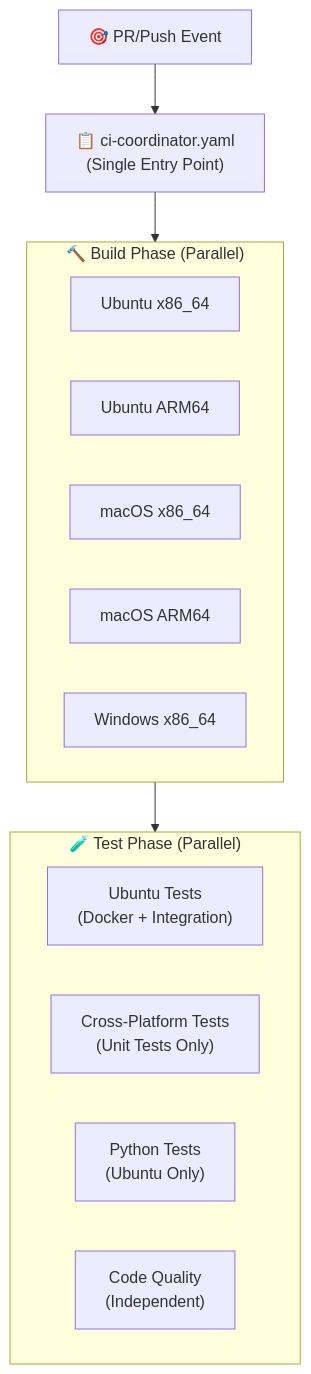
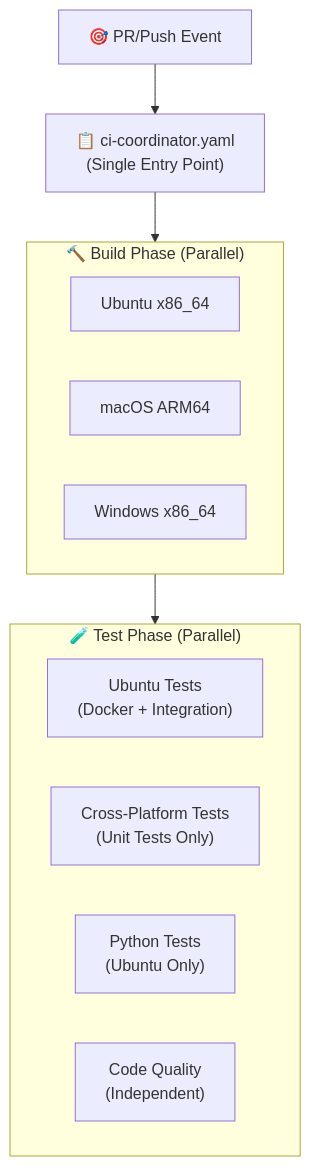
One commit to earth-mover/icechunk changed the first of 5 diagrams in docs/docs/ci-infrastructure.md. Above: the diagram before and after it, drawn with Mermaid. The commit also changed other lines of this file and 5 other files, not shown here.

````diff
--- a/docs/docs/ci-infrastructure.md
+++ b/docs/docs/ci-infrastructure.md
@@ -18,25 +20,23 @@
 ```mermaid
 flowchart TD
     TRIGGER["🎯 PR/Push Event"]
 
     COORD["📋 ci-coordinator.yaml<br/>(Single Entry Point)"]
 
     subgraph BUILDS["🔨 Build Phase (Parallel)"]
         B1["Ubuntu x86_64"]
-        B2["Ubuntu ARM64"]
-        B3["macOS x86_64"]
-        B4["macOS ARM64"]
-        B5["Windows x86_64"]
+        B2["macOS ARM64"]
+        B3["Windows x86_64"]
     end
 
     subgraph TESTS["🧪 Test Phase (Parallel)"]
         T1["Ubuntu Tests<br/>(Docker + Integration)"]
         T2["Cross-Platform Tests<br/>(Unit Tests Only)"]
         T3["Python Tests<br/>(Ubuntu Only)"]
         T4["Code Quality<br/>(Independent)"]
     end
 
     TRIGGER --> COORD
     COORD --> BUILDS
     BUILDS --> TESTS
 ```
````
